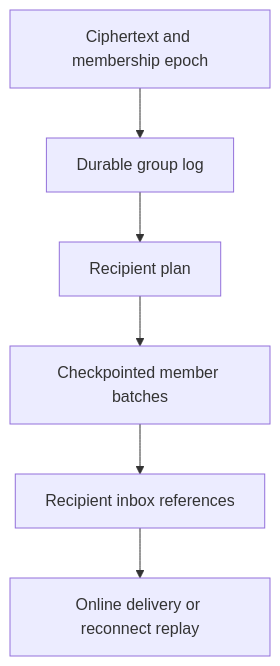
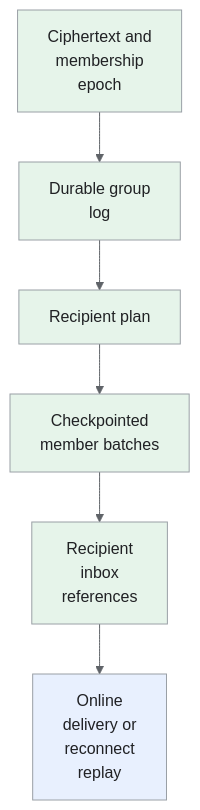
One commit to iliazlobin/iliazlobin.github.io changed the fifth of 5 diagrams in _designs/system-design-whatsapp.md. Above: the diagram before and after it, drawn with Mermaid. The commit also changed other lines of this file and 131 other files, not shown here.

````diff
--- a/_designs/system-design-whatsapp.md
+++ b/_designs/system-design-whatsapp.md
@@ -224,8 +323,15 @@
 ```mermaid
+%%{init: {"theme":"base","themeVariables":{"primaryColor":"#e8f0fe","primaryBorderColor":"#9aa0a6","primaryTextColor":"#202124","secondaryColor":"#e6f4ea","tertiaryColor":"#fef7e0","lineColor":"#5f6368","actorBkg":"#e8f0fe","actorBorder":"#9aa0a6","actorTextColor":"#202124","noteBkgColor":"#fef7e0","noteBorderColor":"#9aa0a6","noteTextColor":"#202124","signalColor":"#5f6368","signalTextColor":"#202124"}}}%%
 flowchart TB
-  M["Ciphertext and membership epoch"] --> L["Durable group log"]
+  M["Ciphertext and<br>membership<br>epoch"] --> L["Durable group<br>log"]
   L --> P["Recipient plan"]
-  P --> B["Checkpointed member batches"]
-  B --> I["Recipient inbox references"]
-  I --> G["Online delivery or reconnect replay"]
+  P --> B["Checkpointed<br>member batches"]
+  B --> I["Recipient<br>inbox<br>references"]
+  I --> G["Online<br>delivery or<br>reconnect<br>replay"]
+classDef request fill:#e8f0fe,stroke:#9aa0a6,color:#202124;
+classDef data fill:#e6f4ea,stroke:#9aa0a6,color:#202124;
+classDef control fill:#fef7e0,stroke:#9aa0a6,color:#202124;
+class G request;
+class M,L,P,B,I data;
+
 ```
````
